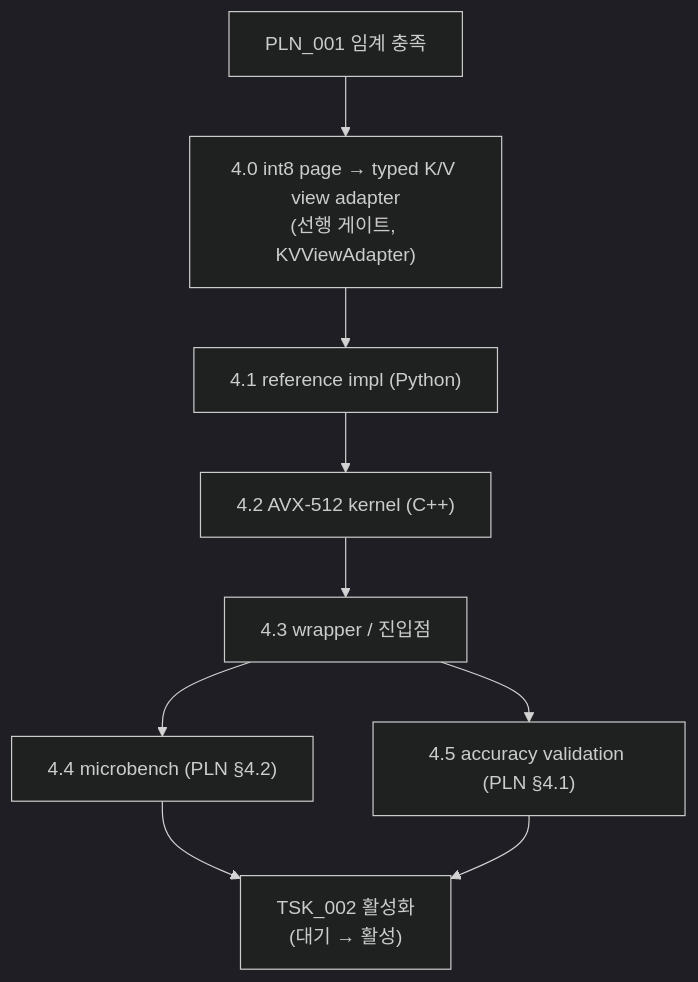
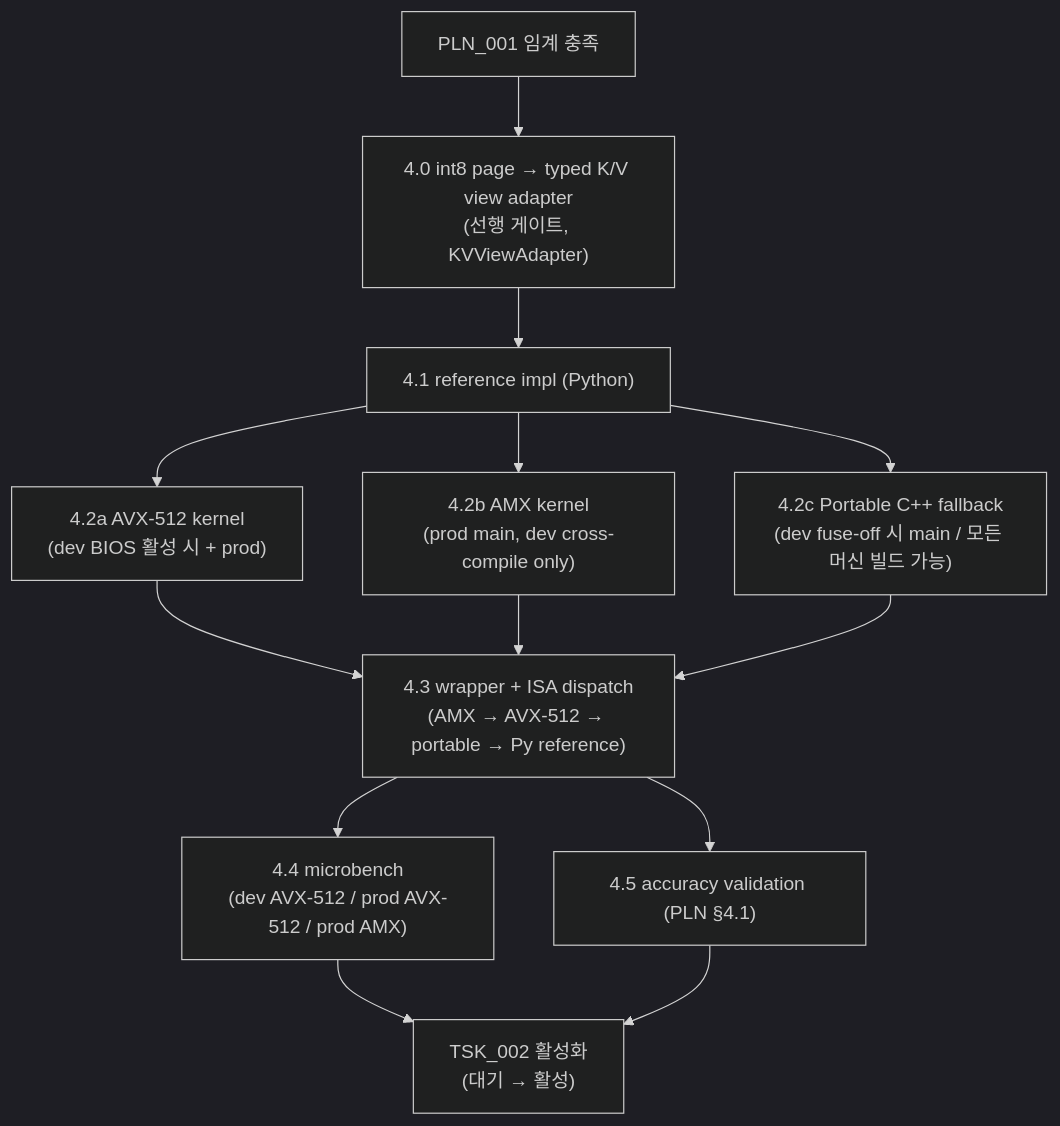
One commit to mystous/vllm_hybrid changed the diagram in shadow_assists/features/IDE_006/TSK_001.md. Above: the diagram before and after it, drawn with Mermaid (dark theme). The commit also changed other lines of this file and 3 other files, not shown here.

````diff
--- a/shadow_assists/features/IDE_006/TSK_001.md
+++ b/shadow_assists/features/IDE_006/TSK_001.md
@@ -123,12 +129,16 @@
 ```mermaid
 flowchart TB
     P["PLN_001 임계 충족"]
     P --> A0["4.0 int8 page → typed K/V view adapter<br/>(선행 게이트, KVViewAdapter)"]
     A0 --> R["4.1 reference impl (Python)"]
-    R --> K["4.2 AVX-512 kernel (C++)"]
-    K --> W["4.3 wrapper / 진입점"]
-    W --> M["4.4 microbench (PLN §4.2)"]
+    R --> K1["4.2a AVX-512 kernel<br/>(dev BIOS 활성 시 + prod)"]
+    R --> K2["4.2b AMX kernel<br/>(prod main, dev cross-compile only)"]
+    R --> K3["4.2c Portable C++ fallback<br/>(dev fuse-off 시 main / 모든 머신 빌드 가능)"]
+    K1 --> W["4.3 wrapper + ISA dispatch<br/>(AMX → AVX-512 → portable → Py reference)"]
+    K2 --> W
+    K3 --> W
+    W --> M["4.4 microbench<br/>(dev AVX-512 / prod AVX-512 / prod AMX)"]
     W --> A["4.5 accuracy validation (PLN §4.1)"]
     M --> D2["TSK_002 활성화<br/>(대기 → 활성)"]
     A --> D2
 ```
````
